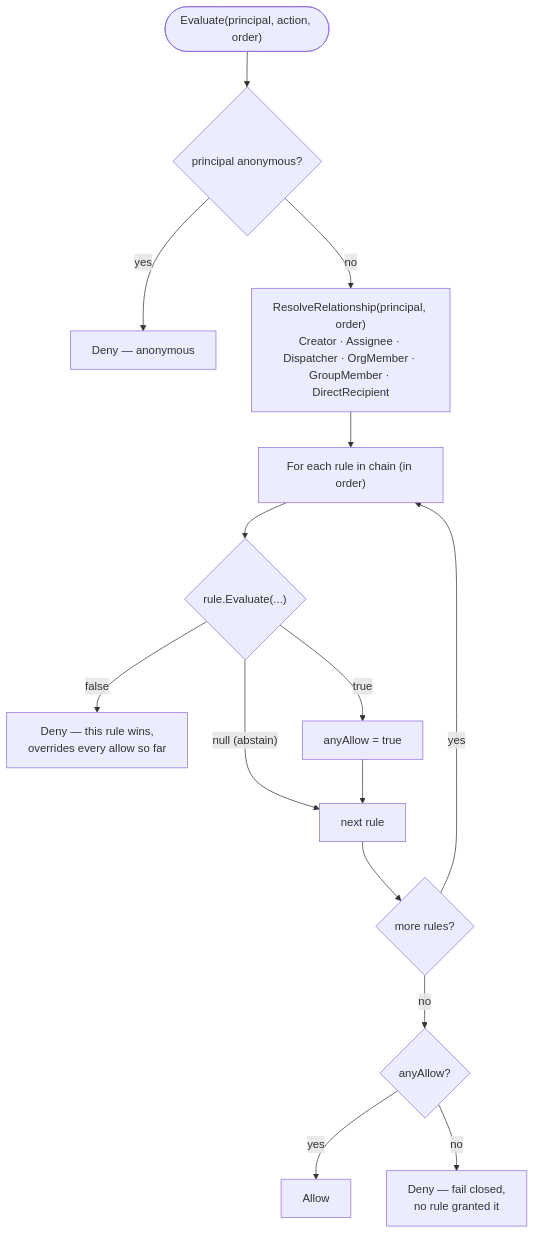
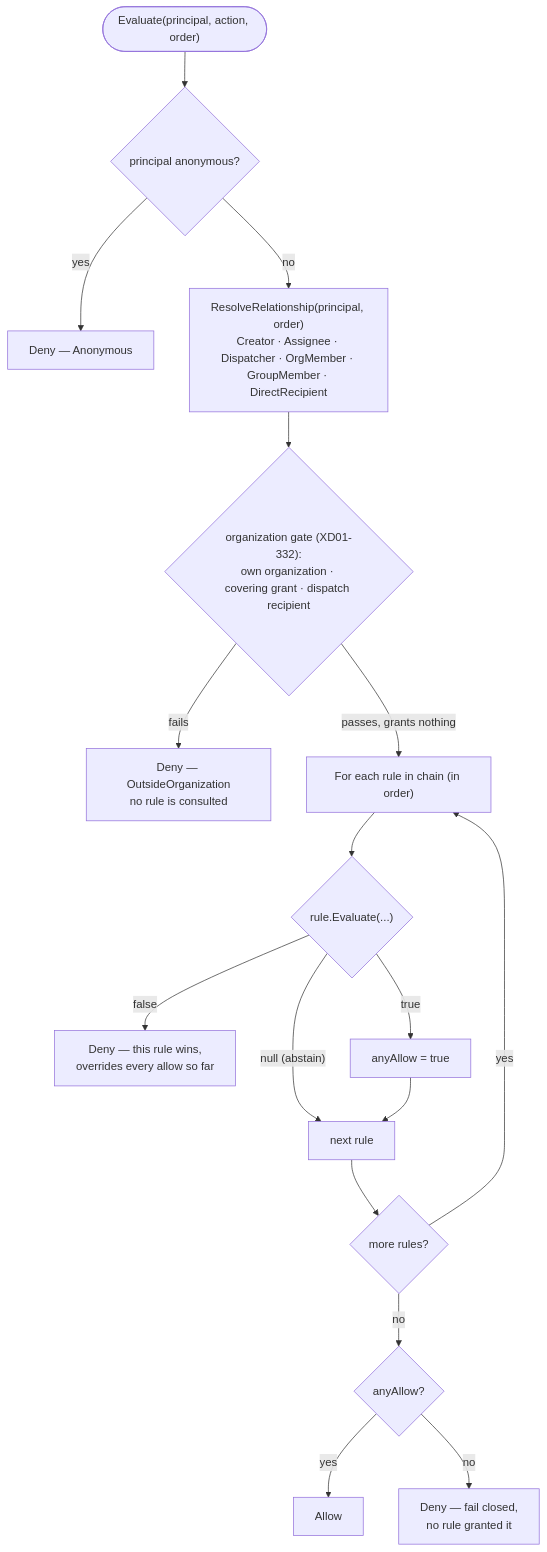
The fourth of 10 diagrams in ServiceOrder.md (yuniorsf/GeoAssets), drawn with Mermaid before and after one commit. The commit also changed other lines of this file and 58 other files, not shown here.

First line of the commit message:
fix(workflow,server,fieldservice): add a mandatory organization gate on service order access (XD01-332)

````diff
--- a/ServiceOrder.md
+++ b/ServiceOrder.md
@@ -327,17 +327,19 @@
 ```mermaid
 flowchart TD
     Start(["Evaluate(principal, action, order)"]) --> Anon{"principal anonymous?"}
-    Anon -->|yes| DenyAnon["Deny — anonymous"]
+    Anon -->|yes| DenyAnon["Deny — Anonymous"]
     Anon -->|no| Resolve["ResolveRelationship(principal, order)<br/>Creator · Assignee · Dispatcher · OrgMember · GroupMember · DirectRecipient"]
-    Resolve --> Loop["For each rule in chain (in order)"]
+    Resolve --> Gate{"organization gate (XD01-332):<br/>own organization · covering grant · dispatch recipient"}
+    Gate -->|fails| DenyOutside["Deny — OutsideOrganization<br/>no rule is consulted"]
+    Gate -->|passes, grants nothing| Loop["For each rule in chain (in order)"]
     Loop --> Verdict{"rule.Evaluate(...)"}
     Verdict -->|"false"| DenyRule["Deny — this rule wins,<br/>overrides every allow so far"]
     Verdict -->|"true"| MarkAllow["anyAllow = true"]
     Verdict -->|"null (abstain)"| Next
     MarkAllow --> Next["next rule"]
     Next --> More{"more rules?"}
     More -->|yes| Loop
     More -->|no| Final{"anyAllow?"}
     Final -->|yes| Allow["Allow"]
     Final -->|no| DenyDefault["Deny — fail closed,<br/>no rule granted it"]
 ```
````
